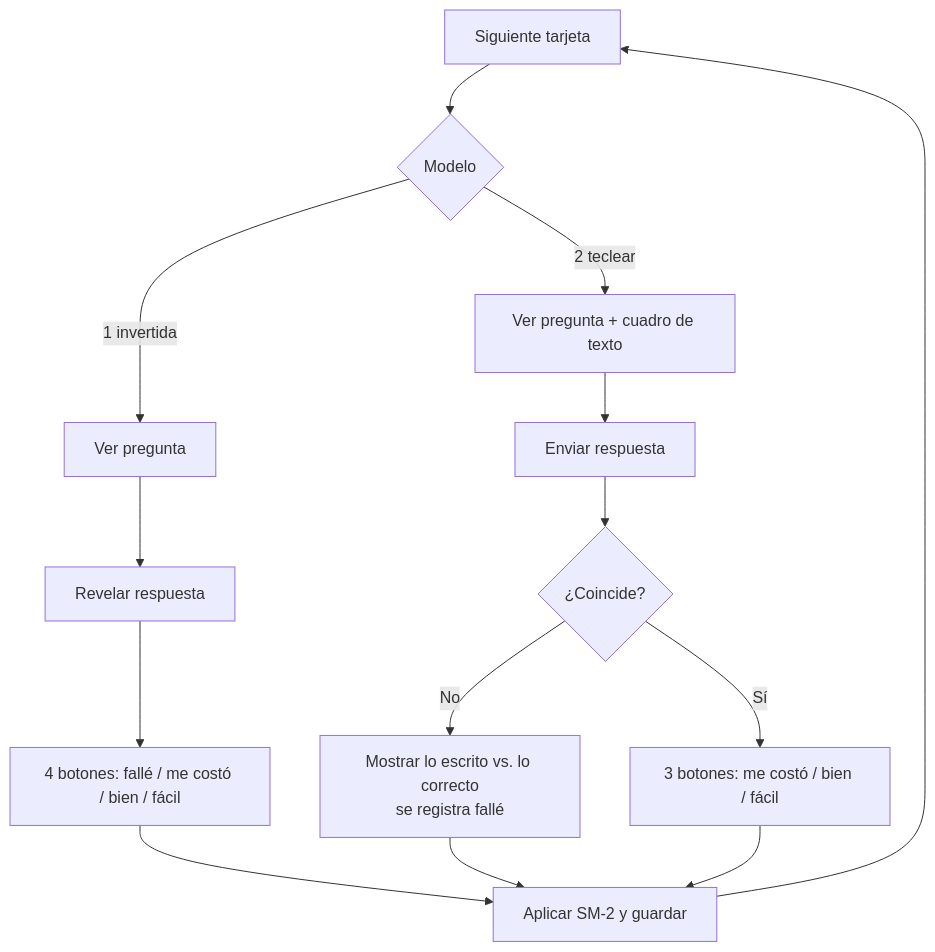
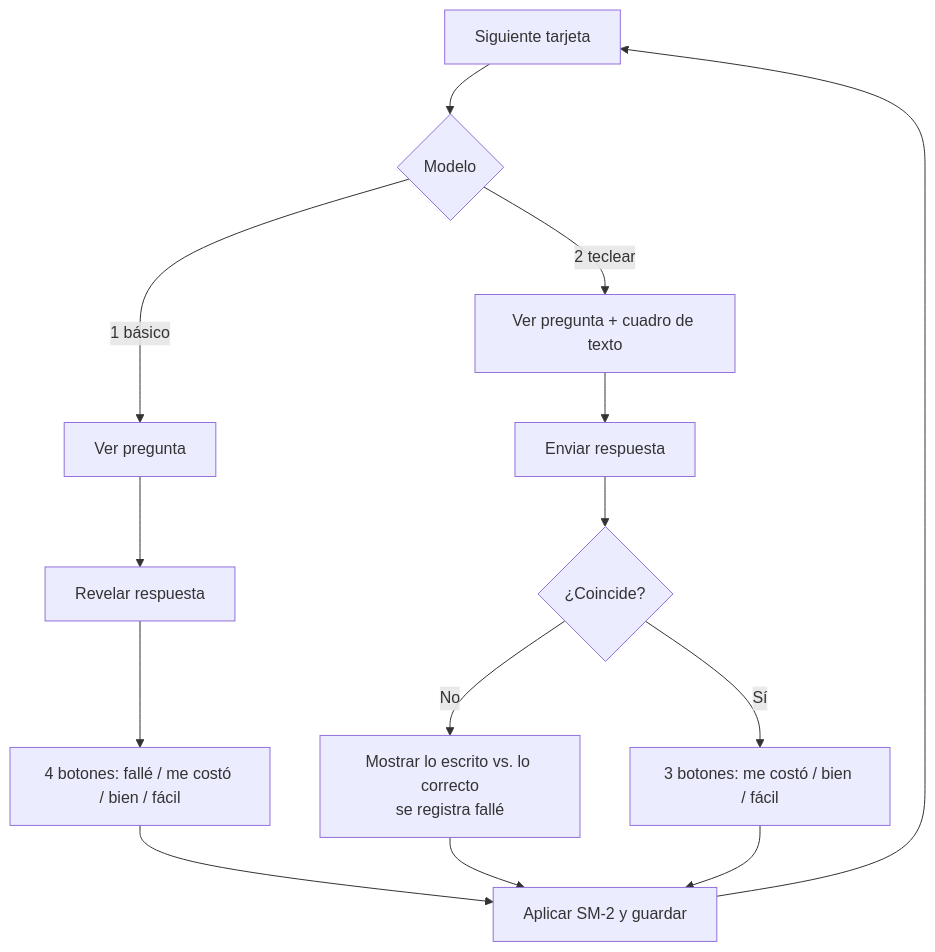
The diagram in learning/spaced-repetition-app/DESIGN.md (jesusmarianuin/kayzen-gob-dlt), drawn with Mermaid before and after one commit. The commit also changed other lines of this file and 262 other files, not shown here.

````diff
--- a/learning/spaced-repetition-app/DESIGN.md
+++ b/learning/spaced-repetition-app/DESIGN.md
@@ -103,15 +130,15 @@
 ```mermaid
 flowchart TD
     A[Siguiente tarjeta] --> B{Modelo}
-    B -->|1 invertida| C[Ver pregunta]
+    B -->|1 básico| C[Ver pregunta]
     C --> D[Revelar respuesta]
     D --> E[4 botones: fallé / me costó / bien / fácil]
     B -->|2 teclear| F[Ver pregunta + cuadro de texto]
     F --> G[Enviar respuesta]
     G --> H{¿Coincide?}
     H -->|No| I[Mostrar lo escrito vs. lo correcto<br/>se registra fallé] --> J
     H -->|Sí| K[3 botones: me costó / bien / fácil]
     E --> J[Aplicar SM-2 y guardar]
     K --> J
     J --> A
 ```
````
